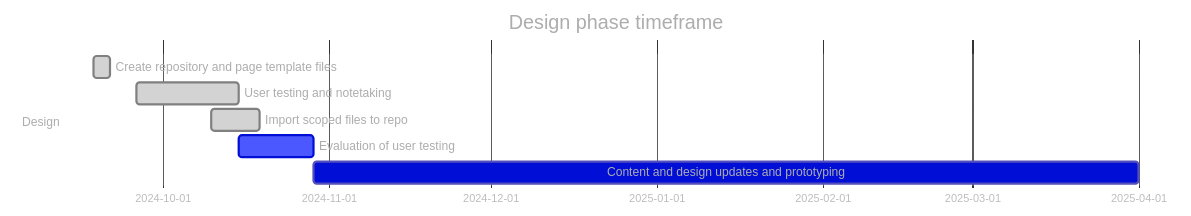
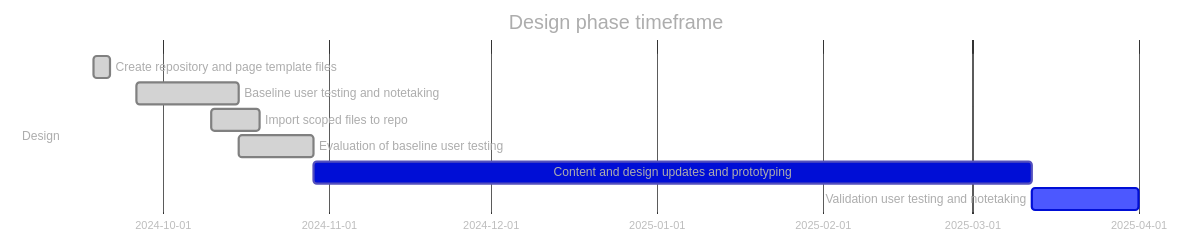
Before and after one commit to cra-proto/gst-hst-business: the first of 2 diagrams in README.md, drawn with Mermaid. The commit also changed other lines of this file, not shown here.

````diff
--- a/README.md
+++ b/README.md
@@ -123,34 +119,35 @@
 ```mermaid
 %%{
   init: {
     'darkMode': false, 
     'theme': 'base',
     'themeVariables': {
       'lineColor': '#F8B229', 
       'textColor': '#ADADAD', 
       'primaryColor': '#000ED6', 
       'primaryBorderColor': '#534FBC', 
       'primaryTextColor': '#ADADAD', 
       'secondaryColor': '#850000',
       'secondaryTextColor': '#ADADAD', 
       'tertiaryColor': '#FFFFFF',  
       'tertiaryTextColor': '#ADADAD'
     }
   }
 }%%
 
 %% https://mermaid.js.org/config/directives.html#declaring-directives)](https://mermaid.js.org/config/directives.html#declaring-directives
 %% https://mermaid.js.org/config/schema-docs/config-defs-gantt-diagram-config.html#toppadding
 
 %% color theme need opened with the high contrast light theme.
 gantt
     title Design phase timeframe
     dateFormat  YYYY-MM-DD
     section Design
     Create repository and page template files :done, a1, 2024-09-18, 3d
-    User testing and notetaking :done, b1, 2024-09-26, 19d
+    Baseline user testing and notetaking :done, b1, 2024-09-26, 19d
     Import scoped files to repo :done, a2, 2024-10-10, 9d
-    Evaluation of user testing :active, b2, after b1, 14d
-    Content and design updates and prototyping :after b2, 154d
+    Evaluation of baseline user testing :done, b2, after b1, 14d
+    Content and design updates and prototyping :after b2, 134d
+    Validation user testing and notetaking :active, b3, 2025-03-12, 20d
 
 ```
````
